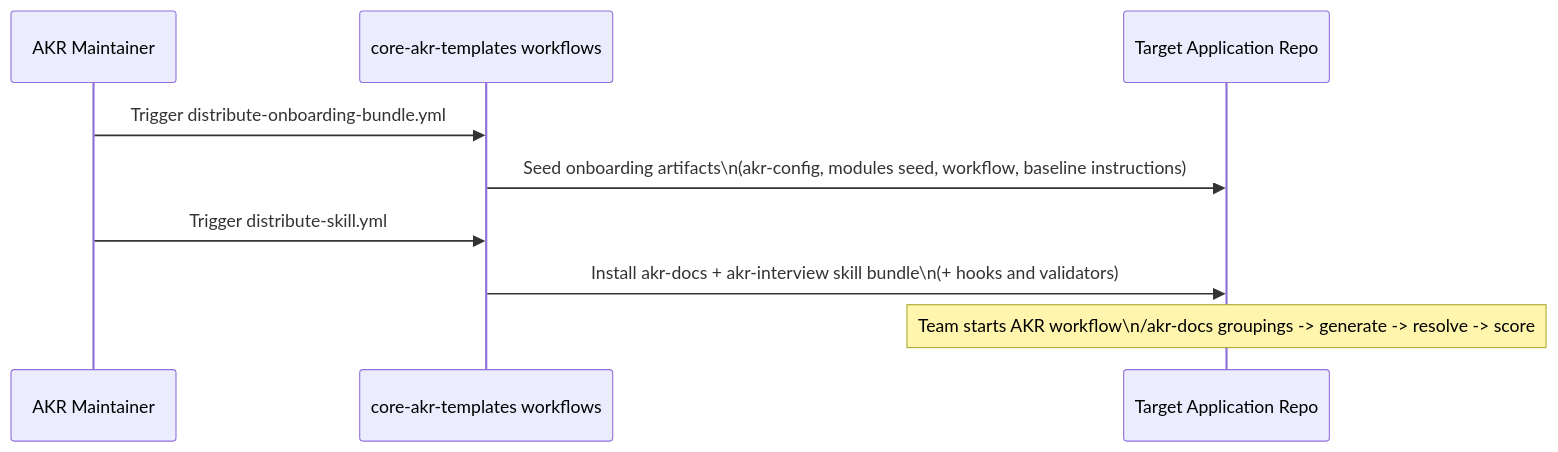
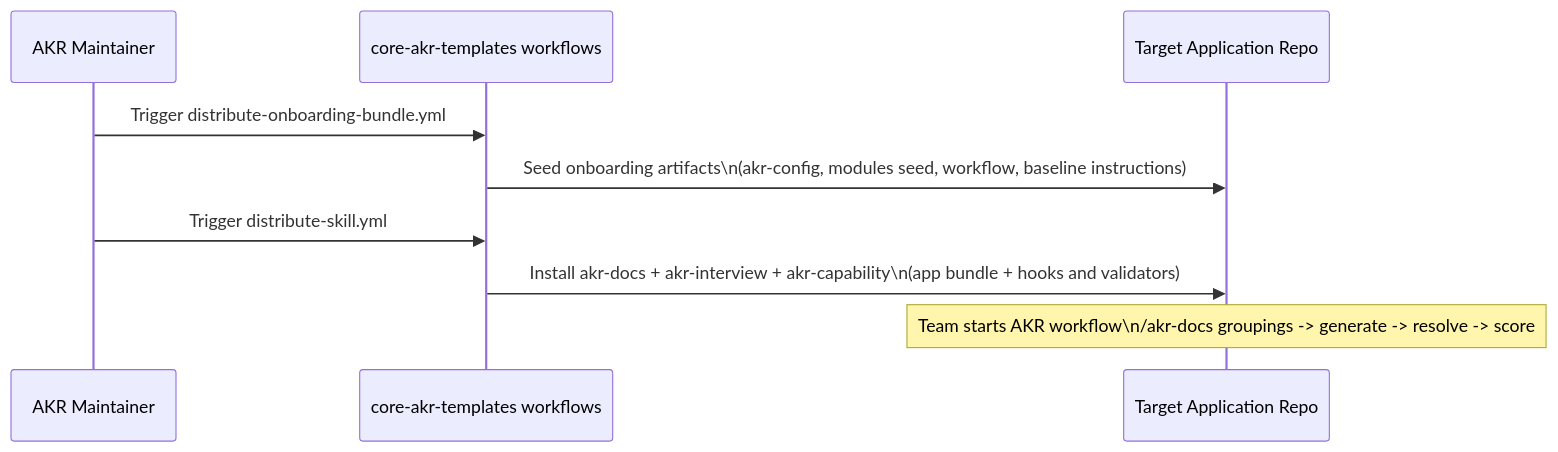
One commit to reyesmelvinr-emr/core-akr-templates changed the second of 2 diagrams in docs/AKR_PROPOSED_ARCHITECTURE_ONBOARDING_AND_SKILLS.md. Above: the diagram before and after it, drawn with Mermaid. The commit also changed other lines of this file and 40 other files, not shown here.

````diff
--- a/docs/AKR_PROPOSED_ARCHITECTURE_ONBOARDING_AND_SKILLS.md
+++ b/docs/AKR_PROPOSED_ARCHITECTURE_ONBOARDING_AND_SKILLS.md
@@ -45,14 +45,14 @@
 ```mermaid
 sequenceDiagram
     participant M as AKR Maintainer
     participant C as core-akr-templates workflows
     participant T as Target Application Repo
 
     M->>C: Trigger distribute-onboarding-bundle.yml
     C->>T: Seed onboarding artifacts\n(akr-config, modules seed, workflow, baseline instructions)
 
     M->>C: Trigger distribute-skill.yml
-    C->>T: Install akr-docs + akr-interview skill bundle\n(+ hooks and validators)
+    C->>T: Install akr-docs + akr-interview + akr-capability\n(app bundle + hooks and validators)
 
     Note over T: Team starts AKR workflow\n/akr-docs groupings -> generate -> resolve -> score
 ```
````
